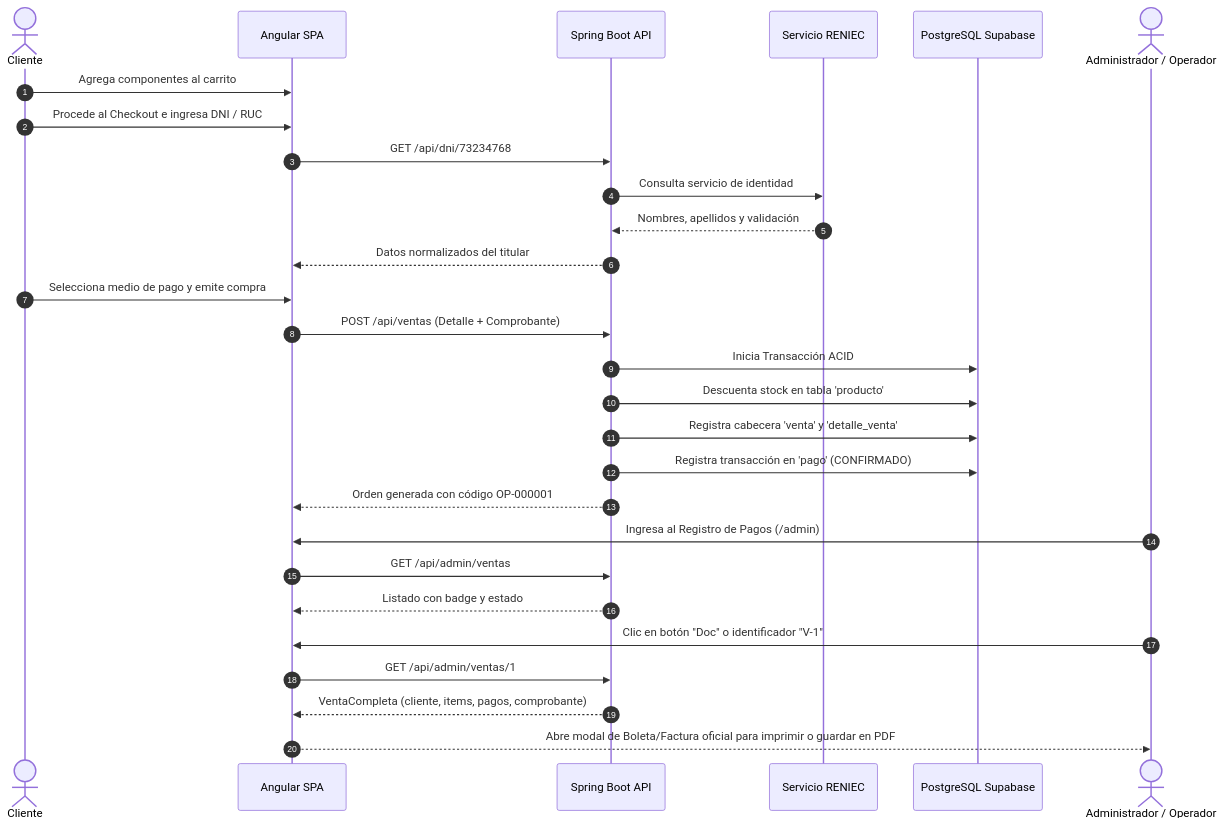
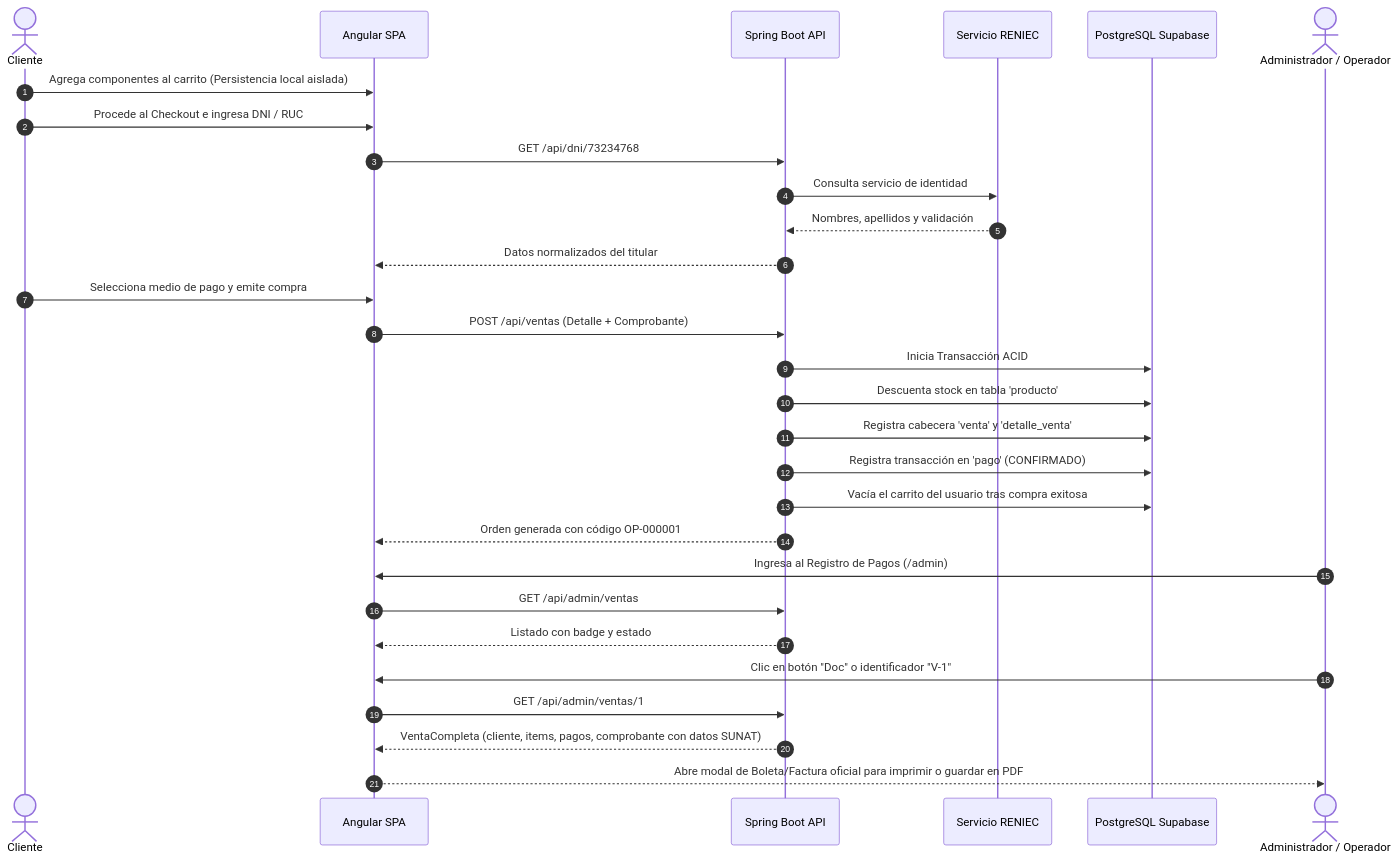
One commit to MrCarlos17A/TechZone changed the second of 9 diagrams in README.md. Above: the diagram before and after it, drawn with Mermaid. The commit also changed other lines of this file, not shown here.

````diff
--- a/README.md
+++ b/README.md
@@ -137,32 +156,33 @@
 ```mermaid
 sequenceDiagram
     autonumber
     actor Cliente as Cliente
     participant Front as Angular SPA
     participant Back as Spring Boot API
     participant RENIEC as Servicio RENIEC
     participant DB as PostgreSQL Supabase
     actor Admin as Administrador / Operador
 
-    Cliente->>Front: Agrega componentes al carrito
+    Cliente->>Front: Agrega componentes al carrito (Persistencia local aislada)
     Cliente->>Front: Procede al Checkout e ingresa DNI / RUC
     Front->>Back: GET /api/dni/73234768
     Back->>RENIEC: Consulta servicio de identidad
     RENIEC-->>Back: Nombres, apellidos y validación
     Back-->>Front: Datos normalizados del titular
     Cliente->>Front: Selecciona medio de pago y emite compra
     Front->>Back: POST /api/ventas (Detalle + Comprobante)
     Back->>DB: Inicia Transacción ACID
     Back->>DB: Descuenta stock en tabla 'producto'
     Back->>DB: Registra cabecera 'venta' y 'detalle_venta'
     Back->>DB: Registra transacción en 'pago' (CONFIRMADO)
+    Back->>DB: Vacía el carrito del usuario tras compra exitosa
     Back-->>Front: Orden generada con código OP-000001
     
     Admin->>Front: Ingresa al Registro de Pagos (/admin)
     Front->>Back: GET /api/admin/ventas
     Back-->>Front: Listado con badge y estado
     Admin->>Front: Clic en botón "Doc" o identificador "V-1"
     Front->>Back: GET /api/admin/ventas/1
-    Back-->>Front: VentaCompleta (cliente, items, pagos, comprobante)
+    Back-->>Front: VentaCompleta (cliente, items, pagos, comprobante con datos SUNAT)
     Front-->>Admin: Abre modal de Boleta/Factura oficial para imprimir o guardar en PDF
 ```
````
